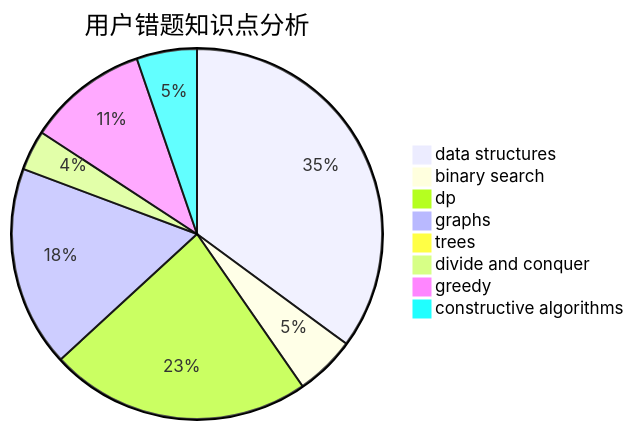
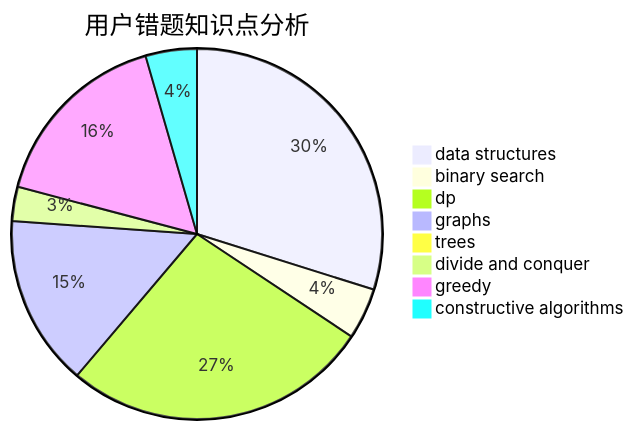
One commit to sherpahu/cfrs.github.io changed the third of 3 diagrams in docs/user/u1564.md. Above: the diagram before and after it, drawn with Mermaid. The commit also changed other lines of this file and 2770 other files, not shown here.

````diff
--- a/docs/user/u1564.md
+++ b/docs/user/u1564.md
@@ -36,11 +36,11 @@
 ```mermaid
 pie title 用户错题知识点分析
     "data structures" :  20
     "binary search" :  3
-    "dp" :  13
+    "dp" :  18
     "graphs" :  10
     "trees" :  0
     "divide and conquer" :  2
-    "greedy" :  6
+    "greedy" :  11
     "constructive algorithms" :  3
 ```
````
